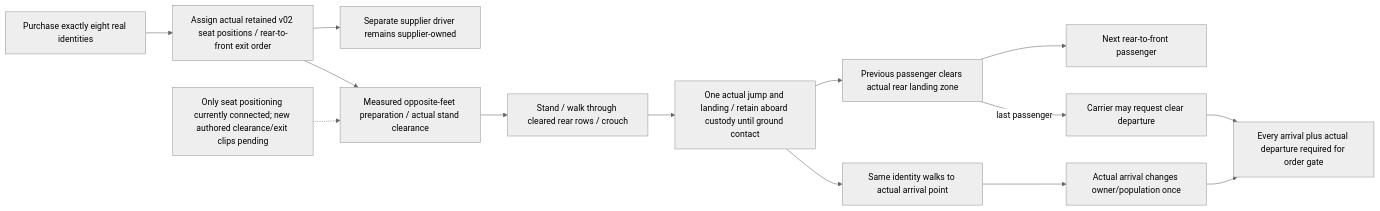
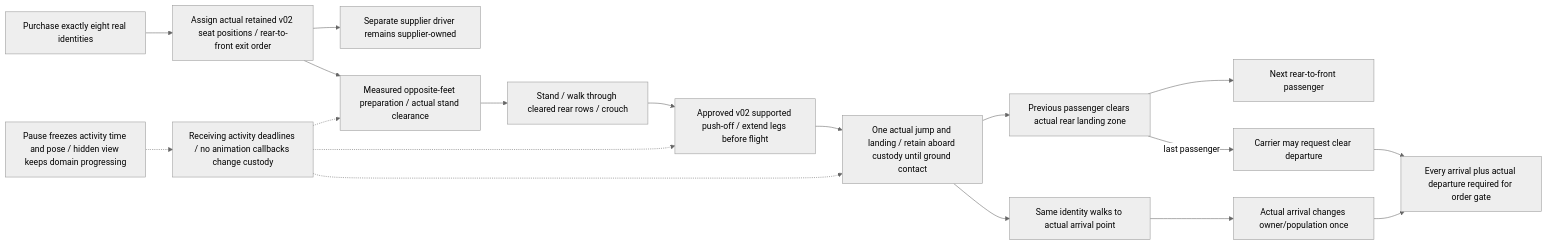
Before and after one commit to TheInfinityIQ/Trencho_V4: the diagram in docs/diagrams/supplier_passengers.mmd, drawn with Mermaid (neutral theme). The commit also changed 16 other files, not shown here.

Commit message:
Integrate approved supported passenger exits and real arrival handovers

```diff
--- a/docs/diagrams/supplier_passengers.mmd
+++ b/docs/diagrams/supplier_passengers.mmd
@@ -1,14 +1,18 @@
 flowchart LR
   Buy[Purchase exactly eight real identities] --> Seats[Assign actual retained v02 seat positions / rear-to-front exit order]
   Seats --> Driver[Separate supplier driver remains supplier-owned]
   Seats --> Prep[Measured opposite-feet preparation / actual stand clearance]
   Prep --> Rear[Stand / walk through cleared rear rows / crouch]
-  Rear --> Jump[One actual jump and landing / retain aboard custody until ground contact]
+  Rear --> Push[Approved v02 supported push-off / extend legs before flight]
+  Push --> Jump[One actual jump and landing / retain aboard custody until ground contact]
   Jump --> Clear[Previous passenger clears actual rear landing zone]
   Clear --> Next[Next rear-to-front passenger]
   Jump --> Walk[Same identity walks to actual arrival point]
   Walk --> Admit[Actual arrival changes owner/population once]
   Clear -->|last passenger| Depart[Carrier may request clear departure]
   Admit --> Gate[Every arrival plus actual departure required for order gate]
   Depart --> Gate
-  Pending[Only seat positioning currently connected; new authored clearance/exit clips pending] -.-> Prep
+  Clock[Receiving activity deadlines / no animation callbacks change custody] -.-> Prep
+  Clock -.-> Push
+  Clock -.-> Jump
+  Pause[Pause freezes activity time and pose / hidden view keeps domain progressing] -.-> Clock
```
